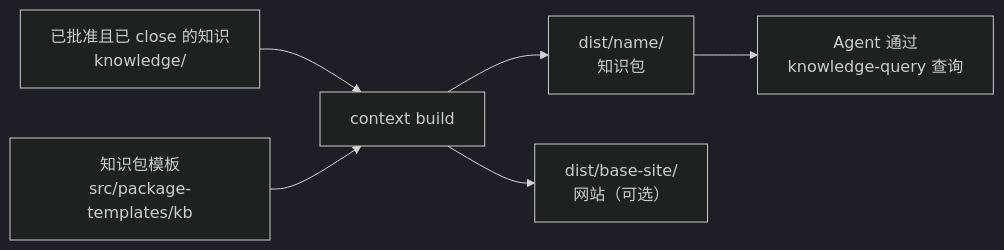
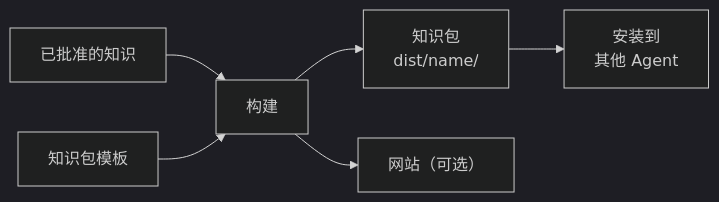
Before and after one commit to context4ai/portal: the diagram in translations/zh-CN/sop/outputs-and-sites/knowledge-packages.md, drawn with Mermaid (dark theme). The commit also changed other lines of this file and 129 other files, not shown here.

````diff
--- a/translations/zh-CN/sop/outputs-and-sites/knowledge-packages.md
+++ b/translations/zh-CN/sop/outputs-and-sites/knowledge-packages.md
@@ -16,8 +18,8 @@
 ```mermaid
 flowchart LR
-  approved["已批准且已 close 的知识<br/>knowledge/"] --> build["context build"]
-  tpl["知识包模板<br/>src/package-templates/kb"] --> build
-  build --> kb["dist/name/<br/>知识包"]
-  build --> site["dist/base-site/<br/>网站（可选）"]
-  kb --> agent["Agent 通过<br/>knowledge-query 查询"]
+  approved["已批准的知识"] --> build["构建"]
+  tpl["知识包模板"] --> build
+  build --> kb["知识包<br/>dist/name/"]
+  build --> site["网站（可选）"]
+  kb --> agent["安装到<br/>其他 Agent"]
 ```
````
